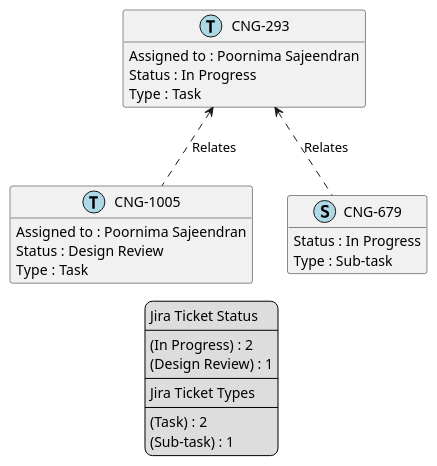
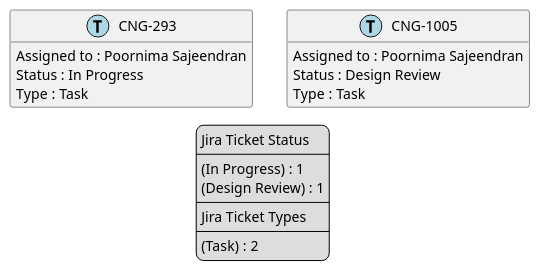
One commit to brunasti/jiraplotter changed the diagram in temp/jira-Poornima Sajeendran.puml. Above: the diagram before and after it, drawn with PlantUML. The commit also changed 57 other files, not shown here.

```diff
--- a/temp/jira-Poornima Sajeendran.puml
+++ b/temp/jira-Poornima Sajeendran.puml
@@ -1,47 +1,39 @@
 @startuml
 'https://plantuml.com/class-diagram
 
 ' GENERATE CLASS DIAGRAM ===========
-' Generated at    : Mon Apr 15 11:44:38 CEST 2024
+' Generated at    : Mon Apr 15 12:32:40 CEST 2024
 
 hide empty members
 
 legend
 Jira Ticket Status
 ----
-(In Progress) : 2
+(In Progress) : 1
 (Design Review) : 1
 ----
 Jira Ticket Types
 ----
 (Task) : 2
-(Sub-task) : 1
 end legend
 
 
 ' Tickets =======
 class "CNG-293" << (T,lightblue) >> {
   Assigned to : Poornima Sajeendran
   Status : In Progress
   Type : Task
 }
 
 class "CNG-1005" << (T,lightblue) >> {
   Assigned to : Poornima Sajeendran
   Status : Design Review
   Type : Task
 }
 
-class "CNG-679" << (S,lightblue) >> {
-  Status : In Progress
-  Type : Sub-task
-}
-
 
 
 ' Links =======
-"CNG-293" <.. "CNG-679" : Relates
-"CNG-293" <.. "CNG-1005" : Relates
 
 
 @enduml
```
